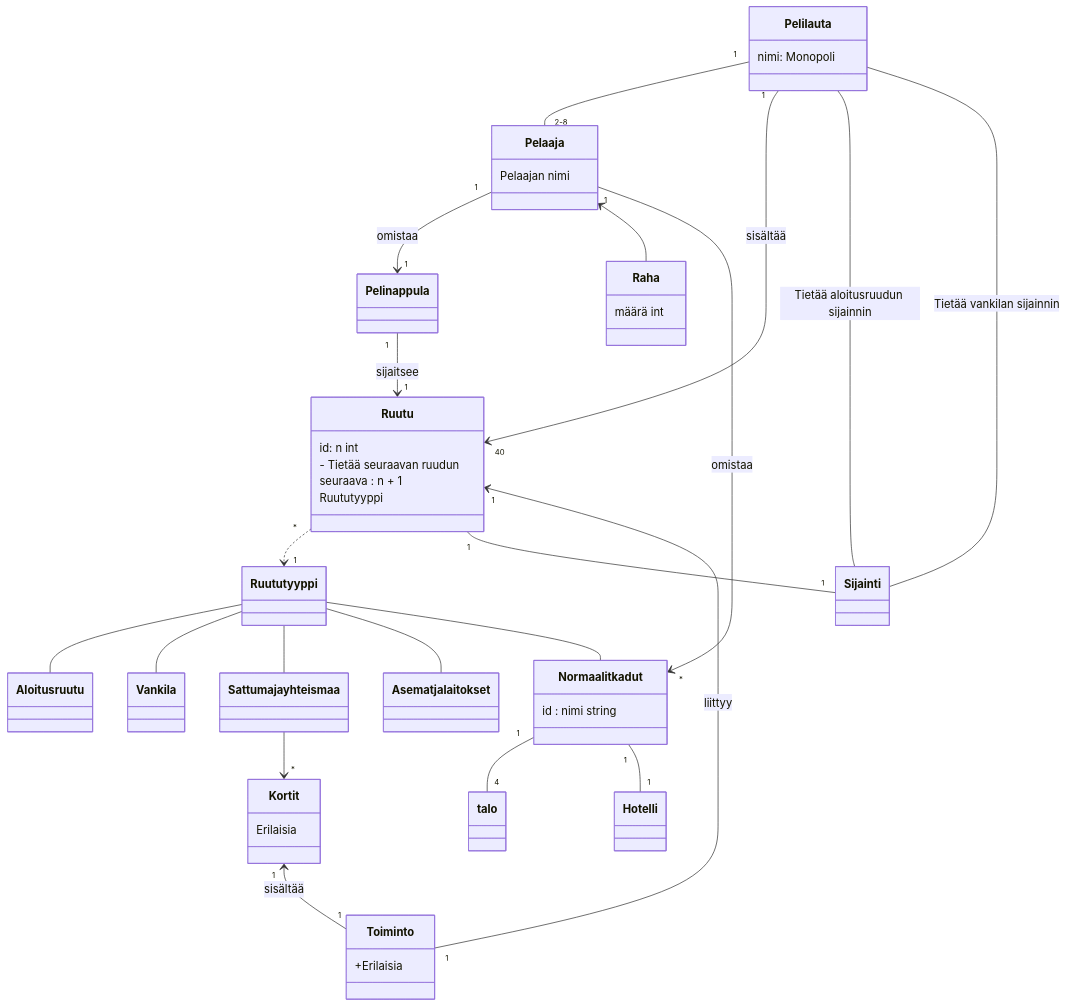
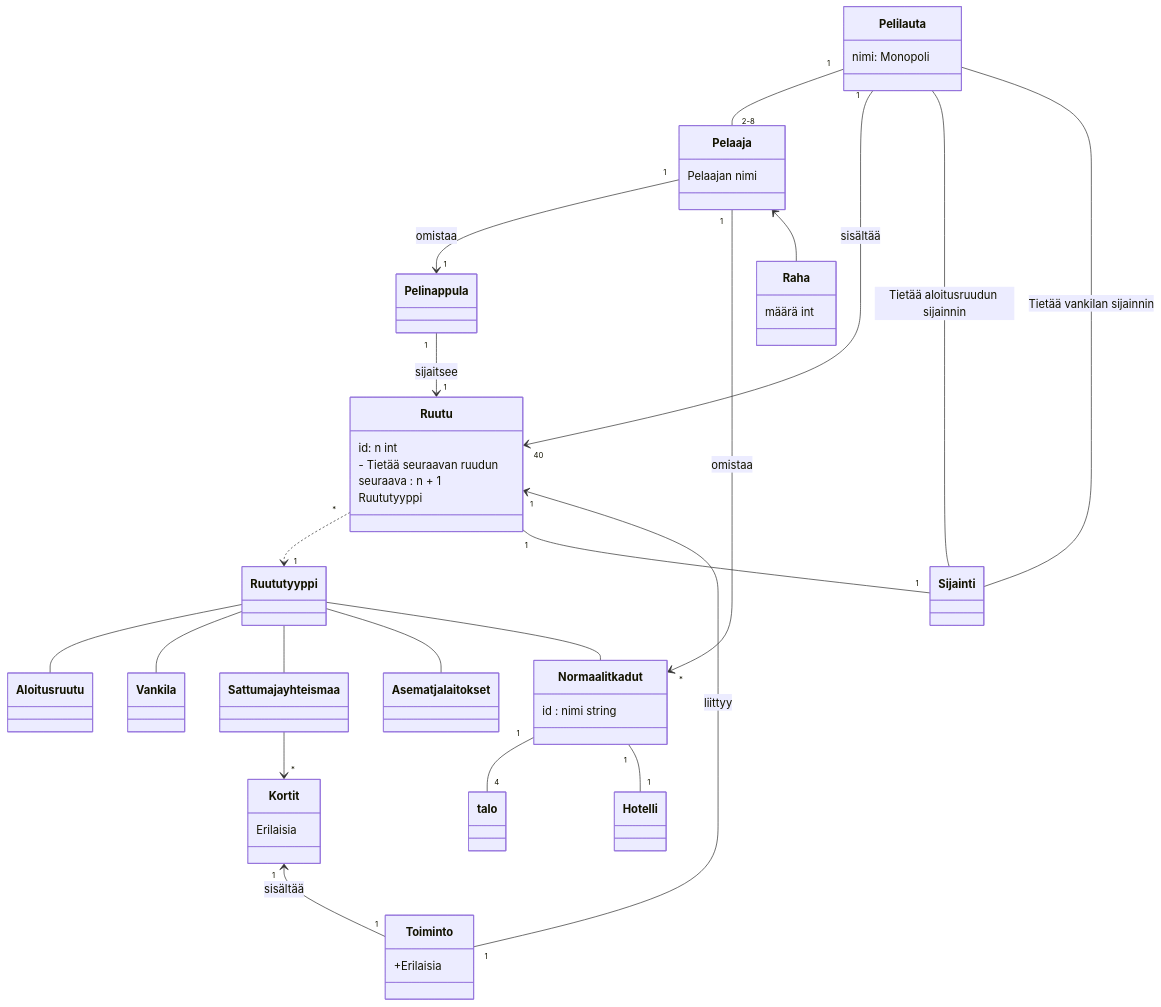
One commit to brotholi/ot-harjoitustyo changed the diagram in laskarit/viikko3/monopoli.md. Above: the diagram before and after it, drawn with Mermaid. The commit also changed other lines of this file, not shown here.

````diff
--- a/laskarit/viikko3/monopoli.md
+++ b/laskarit/viikko3/monopoli.md
@@ -1,82 +1,82 @@
 ```mermaid
  classDiagram
     
     
     class Pelaaja {
         Pelaajan nimi
     }
 
     class Pelilauta {
      nimi: Monopoli 
     }
     
     
     class Ruutu {
     id: n int
     - Tietää seuraavan ruudun
     seuraava : n + 1
     Ruututyyppi 
     
     }
     
     
 
     class Normaalit kadut {
     id : nimi string
     }
          
     class Pelinappula {
     }
     
     class Toiminto {
     +Erilaisia
     }
     
     class Kortit {
     Erilaisia
     
     }
     
     class Raha {
     määrä int
     }
     
 
     Pelilauta "1" -- "2-8" Pelaaja
 
     Pelaaja "1" --> "1" Pelinappula : omistaa
     Pelilauta "1" --> "40" Ruutu : sisältää
     Pelinappula "1" --> "1" Ruutu : sijaitsee
 
     Ruutu "*" ..> "1" Ruututyyppi 
     
     Ruututyyppi -- Aloitusruutu
     Ruututyyppi -- Vankila
     Ruututyyppi -- Sattuma ja yhteismaa
     Ruututyyppi -- Asemat ja laitokset
     Ruututyyppi -- Normaalit kadut
 
 
     Sattuma ja yhteismaa --> "*" Kortit
     
     Ruutu "1" -- "1" Sijainti
     
     Pelilauta -- Sijainti : Tietää aloitusruudun sijainnin
     Pelilauta -- Sijainti : Tietää vankilan sijainnin
     
     Ruutu "1" <-- "1" Toiminto : liittyy
     
     Kortit "1" <-- "1" Toiminto : sisältää
     
-    Pelaaja <-- Raha
-    
     Normaalit kadut "1" -- "4" talo
     Normaalit kadut "1" -- "1" Hotelli
     
     Pelaaja "1" --> "*" Normaalit kadut : omistaa
+    
+    Pelaaja <-- Raha
     
     
 
 
     
 ```
````
